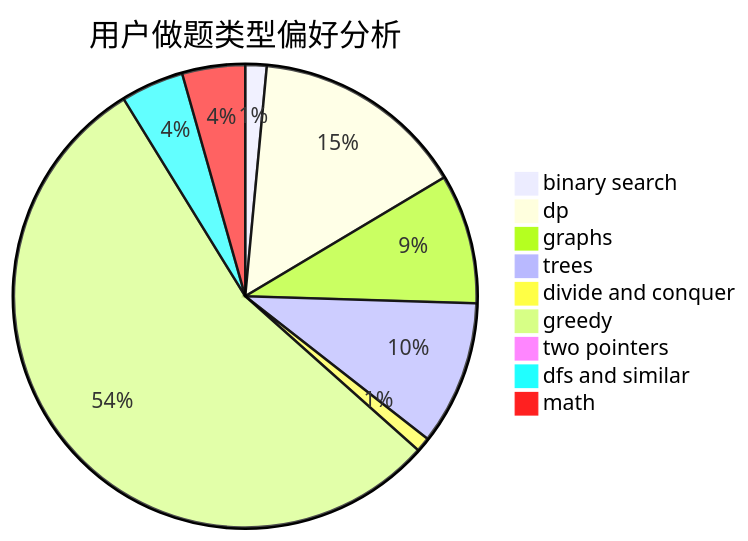
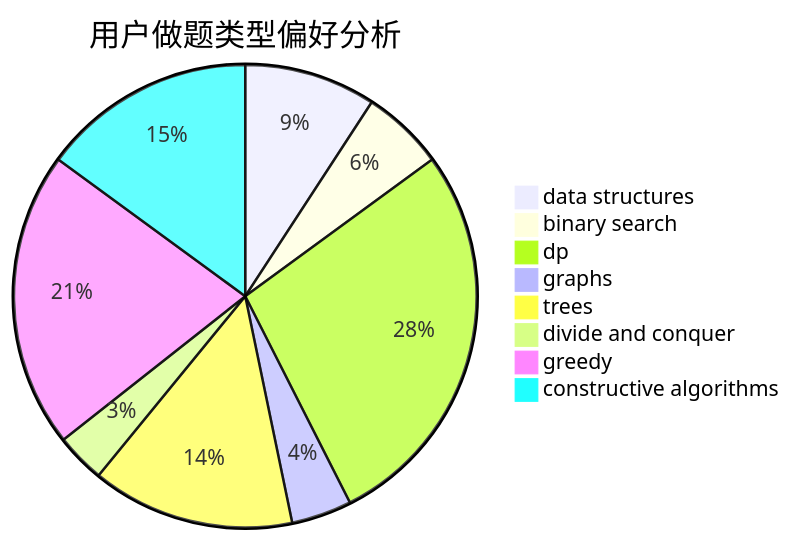
One commit to sherpahu/cfrs.github.io changed the second of 3 diagrams in docs/user/u1245.md. Above: the diagram before and after it, drawn with Mermaid. The commit also changed other lines of this file and 2775 other files, not shown here.

````diff
--- a/docs/user/u1245.md
+++ b/docs/user/u1245.md
@@ -23,12 +23,11 @@
 ```mermaid
 pie title 用户做题类型偏好分析
-    "binary search" :  22
-    "dp" :  221
-    "graphs" :  134
-    "trees" :  149
-    "divide and conquer" :  15
-    "greedy" :  808
-    "two pointers" :  5
-    "dfs and similar" :  65
-    "math" :  65
+    "data structures" :  24
+    "binary search" :  15
+    "dp" :  72
+    "graphs" :  11
+    "trees" :  37
+    "divide and conquer" :  9
+    "greedy" :  54
+    "constructive algorithms" :  39
 ```
````
